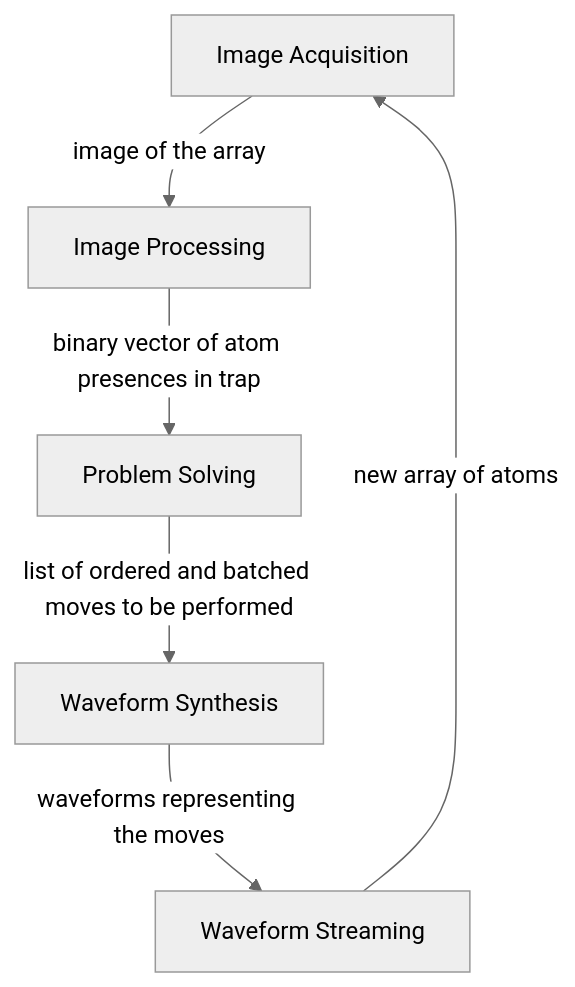
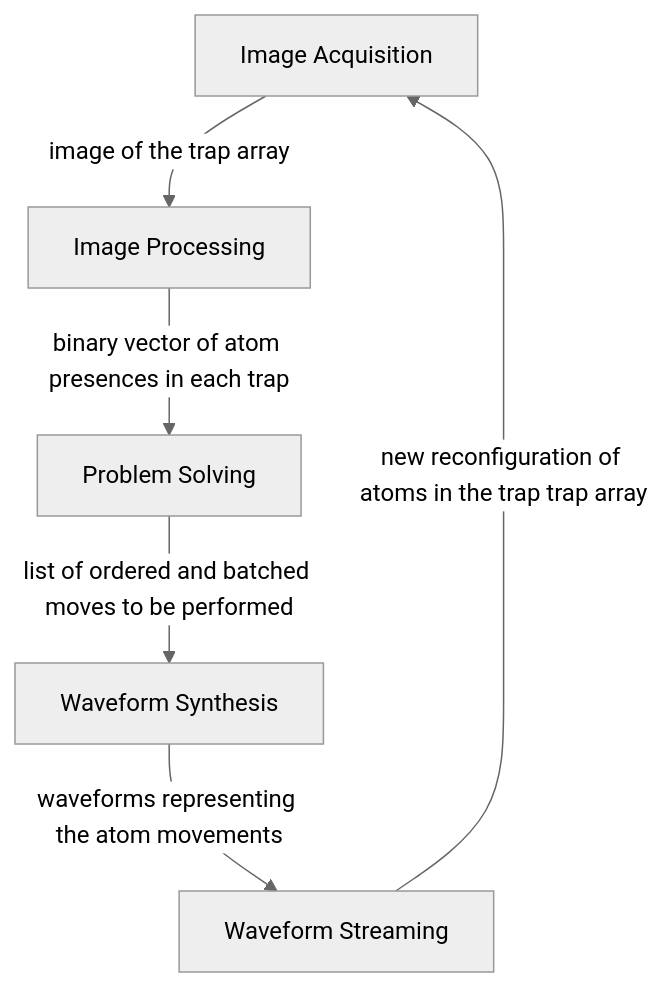
Before and after one commit to TQT-RAAQS/LLRS: the first of 2 diagrams in README.md, drawn with Mermaid (neutral theme). The commit also changed other lines of this file and 7 other files, not shown here.

````diff
--- a/README.md
+++ b/README.md
@@ -13,8 +7,8 @@
 ```mermaid 
 graph TD
-A[Image Acquisition] -->|image of the array| B[Image Processing]  
-B -->|binary vector of atom presences in trap| C[Problem Solving] 
+A[Image Acquisition] -->|image of the trap array| B[Image Processing]  
+B -->|binary vector of atom presences in each trap| C[Problem Solving] 
 C -->|list of ordered and batched moves to be performed| D[Waveform Synthesis] 
-D -->|waveforms representing the moves| E[Waveform Streaming] 
-E -->|new array of atoms| A 
+D -->|waveforms representing the atom movements| E[Waveform Streaming] 
+E -->| new reconfiguration of atoms in the trap trap array| A 
 ```
````
